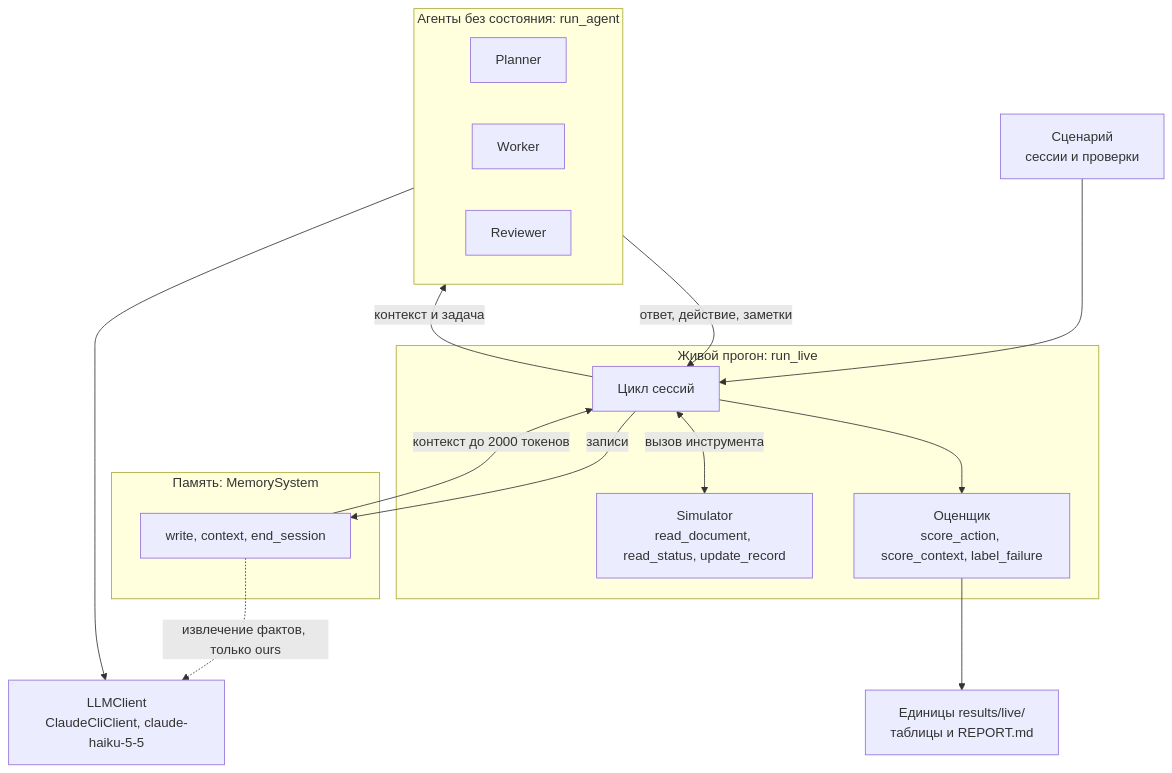
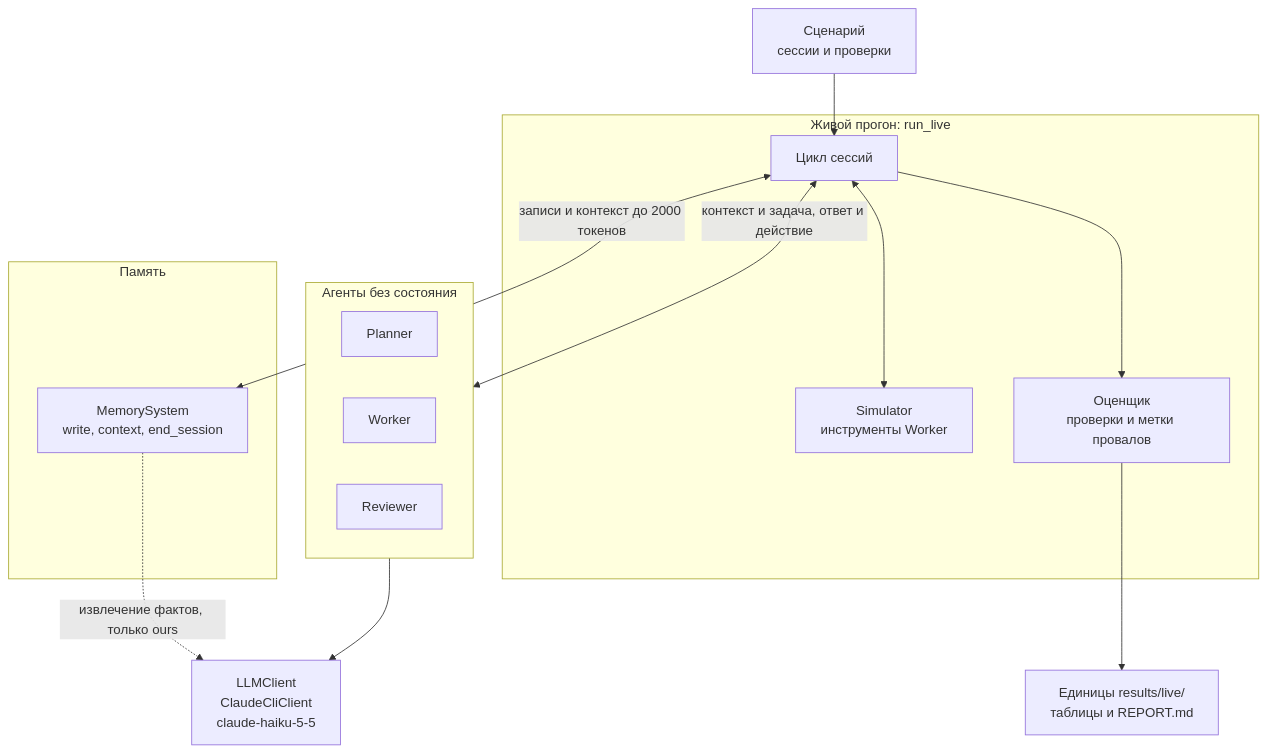
The first of 4 diagrams in docs/ARCHITECTURE.md (avikhorev/multi-agent-memory), drawn with Mermaid before and after one commit. The commit also changed other lines of this file, not shown here.

Commit message:
Fix the rendering of the architecture diagrams
Labels that began with a number were read as Markdown lists and showed an error instead of
their text. Rename them, shorten two group titles and make the system diagram read top down.
Confirmed by rendering the changed diagrams with Mermaid 11.4.1 and by make test (419 passed).

````diff
--- a/docs/ARCHITECTURE.md
+++ b/docs/ARCHITECTURE.md
@@ -9,33 +9,31 @@
 ```mermaid
 flowchart TB
     scenario["Сценарий<br/>сессии и проверки"] --> loop
 
     subgraph harness["Живой прогон: run_live"]
         loop["Цикл сессий"]
-        sim["Simulator<br/>read_document, read_status, update_record"]
-        scorer["Оценщик<br/>score_action, score_context, label_failure"]
+        sim["Simulator<br/>инструменты Worker"]
+        scorer["Оценщик<br/>проверки и метки провалов"]
     end
 
-    subgraph agents["Агенты без состояния: run_agent"]
+    subgraph memory["Память"]
+        api["MemorySystem<br/>write, context, end_session"]
+    end
+
+    subgraph agents["Агенты без состояния"]
         planner["Planner"]
         worker["Worker"]
         reviewer["Reviewer"]
     end
 
-    subgraph memory["Память: MemorySystem"]
-        api["write, context, end_session"]
-    end
-
-    llm["LLMClient<br/>ClaudeCliClient, claude-haiku-5-5"]
+    llm["LLMClient<br/>ClaudeCliClient<br/>claude-haiku-5-5"]
     results["Единицы results/live/<br/>таблицы и REPORT.md"]
 
-    loop -->|"контекст и задача"| agents
-    agents -->|"ответ, действие, заметки"| loop
-    loop -->|"записи"| api
-    api -->|"контекст до 2000 токенов"| loop
-    loop <-->|"вызов инструмента"| sim
+    loop <-->|"записи и контекст до 2000 токенов"| api
+    loop <-->|"контекст и задача, ответ и действие"| agents
+    loop <--> sim
     loop --> scorer
     scorer --> results
     agents --> llm
     api -.->|"извлечение фактов, только ours"| llm
 ```
````
